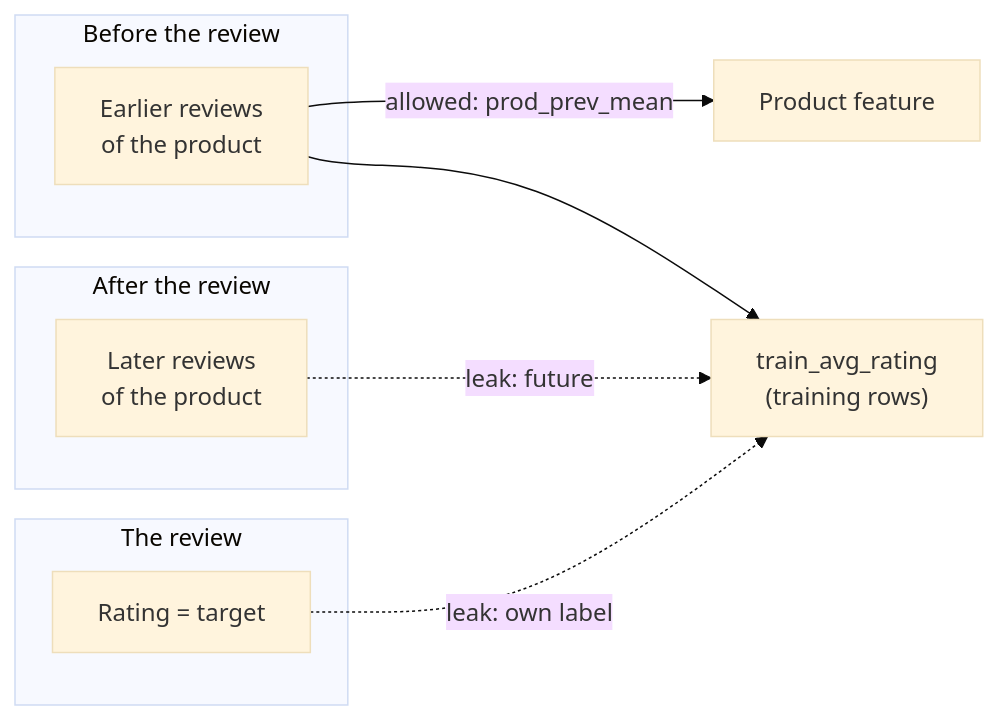
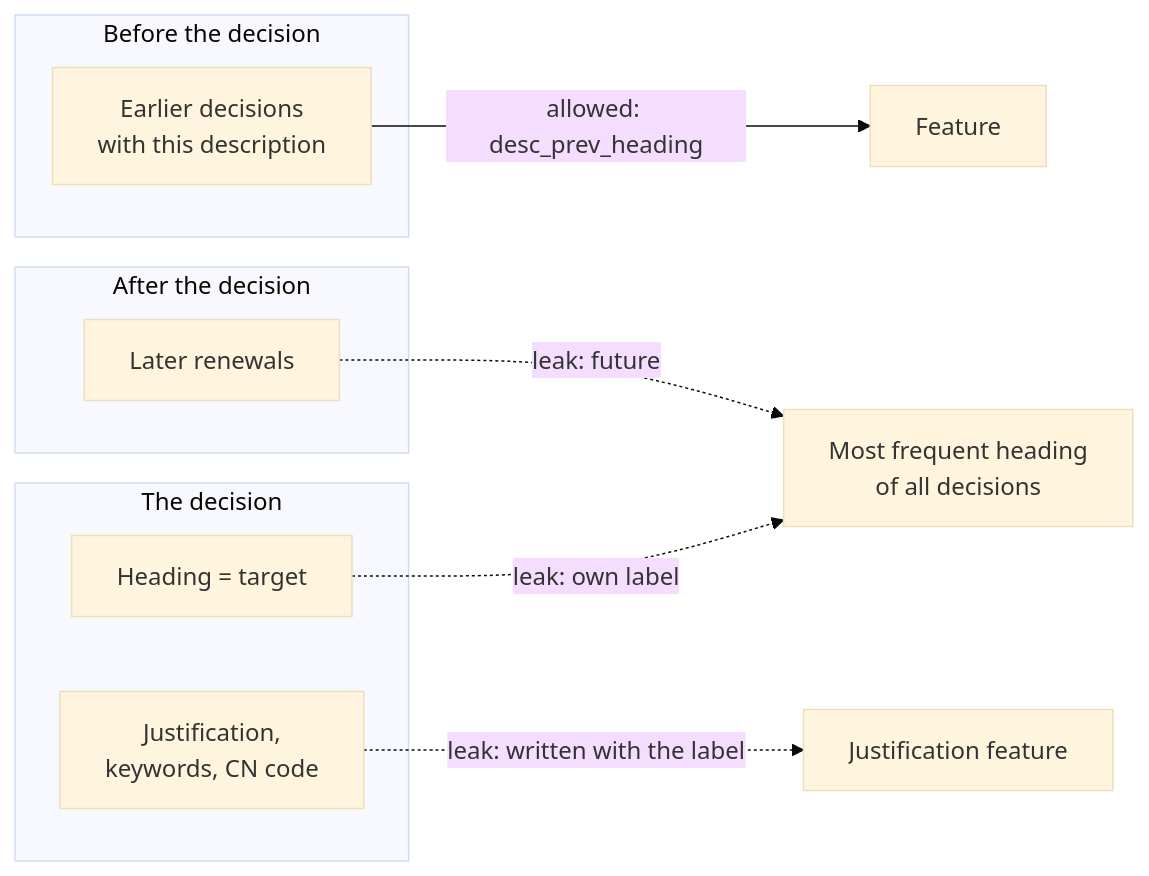
Before and after one commit to khoadaniel/statistical-programming-mpmd-htw-ws-2026: the second of 2 diagrams in sessions/09-feature-engineering-and-imbalance/theory/02-aggregates-leakage-and-text-statistics.md, drawn with Mermaid (base theme). The commit also changed other lines of this file and 268 other files, not shown here.

````diff
--- a/sessions/09-feature-engineering-and-imbalance/theory/02-aggregates-leakage-and-text-statistics.md
+++ b/sessions/09-feature-engineering-and-imbalance/theory/02-aggregates-leakage-and-text-statistics.md
@@ -170,16 +143,17 @@
 ```mermaid
 flowchart LR
-    subgraph past["Before the review"]
-        p1["Earlier reviews<br/>of the product"]
+    subgraph past["Before the decision"]
+        p1["Earlier decisions<br/>with this description"]
     end
-    subgraph now["The review"]
-        r["Rating = target"]
+    subgraph now["The decision"]
+        r["Heading = target"]
+        j["Justification,<br/>keywords, CN code"]
     end
-    subgraph future["After the review"]
-        f1["Later reviews<br/>of the product"]
+    subgraph future["After the decision"]
+        f1["Later renewals"]
     end
-    p1 -->|"allowed: prod_prev_mean"| feat["Product feature"]
-    r -.->|"leak: own label"| leaky["train_avg_rating<br/>(training rows)"]
+    p1 -->|"allowed: desc_prev_heading"| feat["Feature"]
+    r -.->|"leak: own label"| leaky["Most frequent heading<br/>of all decisions"]
     f1 -.->|"leak: future"| leaky
-    p1 --> leaky
+    j -.->|"leak: written with the label"| leaky2["Justification feature"]
 ```
````
